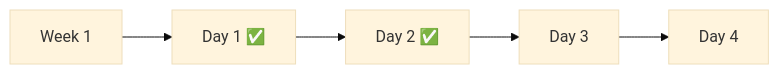
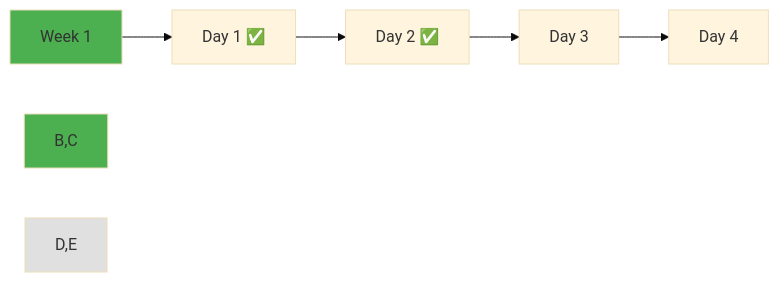
Before and after one commit to niceguy61/kdt_devops_lecture_2025: the tenth of 10 diagrams in theory/week_01/day2/README.md, drawn with Mermaid (base theme). The commit also changed 26 other files, not shown here.

````diff
--- a/theory/week_01/day2/README.md
+++ b/theory/week_01/day2/README.md
@@ -520,7 +520,11 @@
 ```mermaid
 graph LR
     A[Week 1] --> B[Day 1 ✅]
     B --> C[Day 2 ✅]
     C --> D[Day 3]
     D --> E[Day 4]
+    
+    style A fill:#4caf50
+    style B,C fill:#4caf50
+    style D,E fill:#e0e0e0
 ```
````
